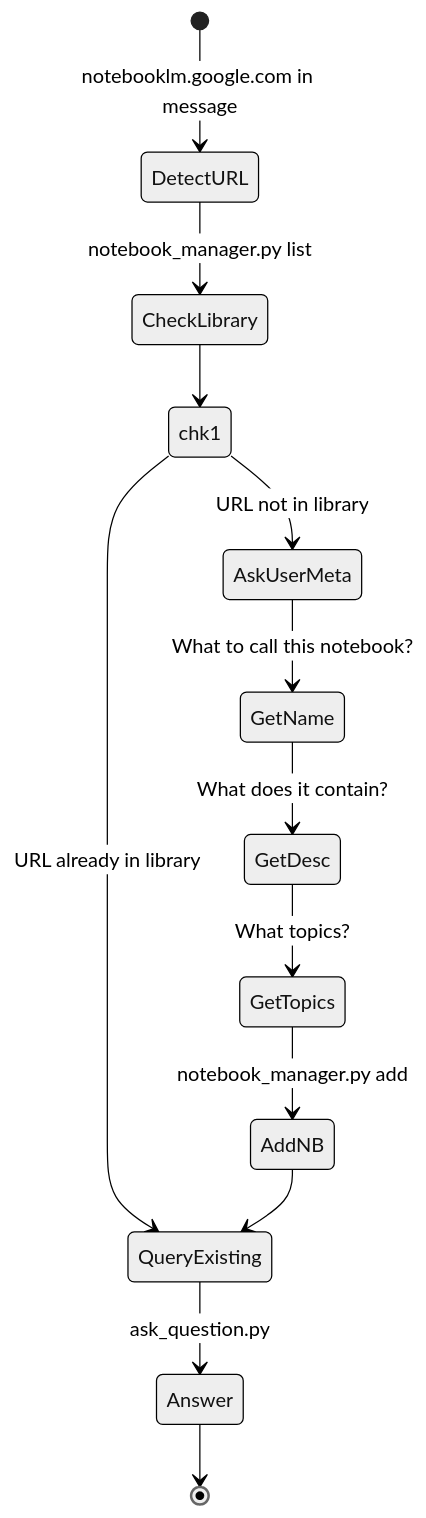
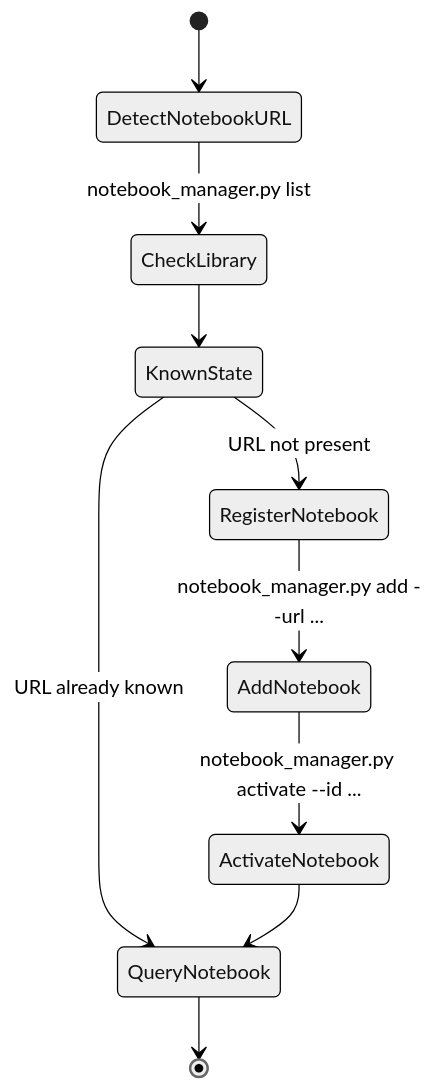
The tenth of 11 diagrams in references/usage_patterns.md (khengyun/notebooklm-experts-skill), drawn with Mermaid (neutral theme) before and after one commit. The commit also changed other lines of this file and 23 other files, not shown here.

````diff
--- a/references/usage_patterns.md
+++ b/references/usage_patterns.md
@@ -227,19 +198,15 @@
 ```mermaid
 stateDiagram-v2
-    [*] --> DetectURL: notebooklm.google.com in message
+    [*] --> DetectNotebookURL
+    DetectNotebookURL --> CheckLibrary: notebook_manager.py list
 
-    DetectURL --> CheckLibrary: notebook_manager.py list
-    CheckLibrary --> chk1
-    state chk1 <<choice>>
-    chk1 --> QueryExisting: URL already in library
-    chk1 --> AskUserMeta: URL not in library
+    CheckLibrary --> KnownState
+    state KnownState <<choice>>
+    KnownState --> RegisterNotebook: URL not present
+    KnownState --> QueryNotebook: URL already known
 
-    AskUserMeta --> GetName: What to call this notebook?
-    GetName --> GetDesc: What does it contain?
-    GetDesc --> GetTopics: What topics?
-    GetTopics --> AddNB: notebook_manager.py add
-    AddNB --> QueryExisting
-
-    QueryExisting --> Answer: ask_question.py
-    Answer --> [*]
+    RegisterNotebook --> AddNotebook: notebook_manager.py add --url ...
+    AddNotebook --> ActivateNotebook: notebook_manager.py activate --id ...
+    ActivateNotebook --> QueryNotebook
+    QueryNotebook --> [*]
 ```
````
